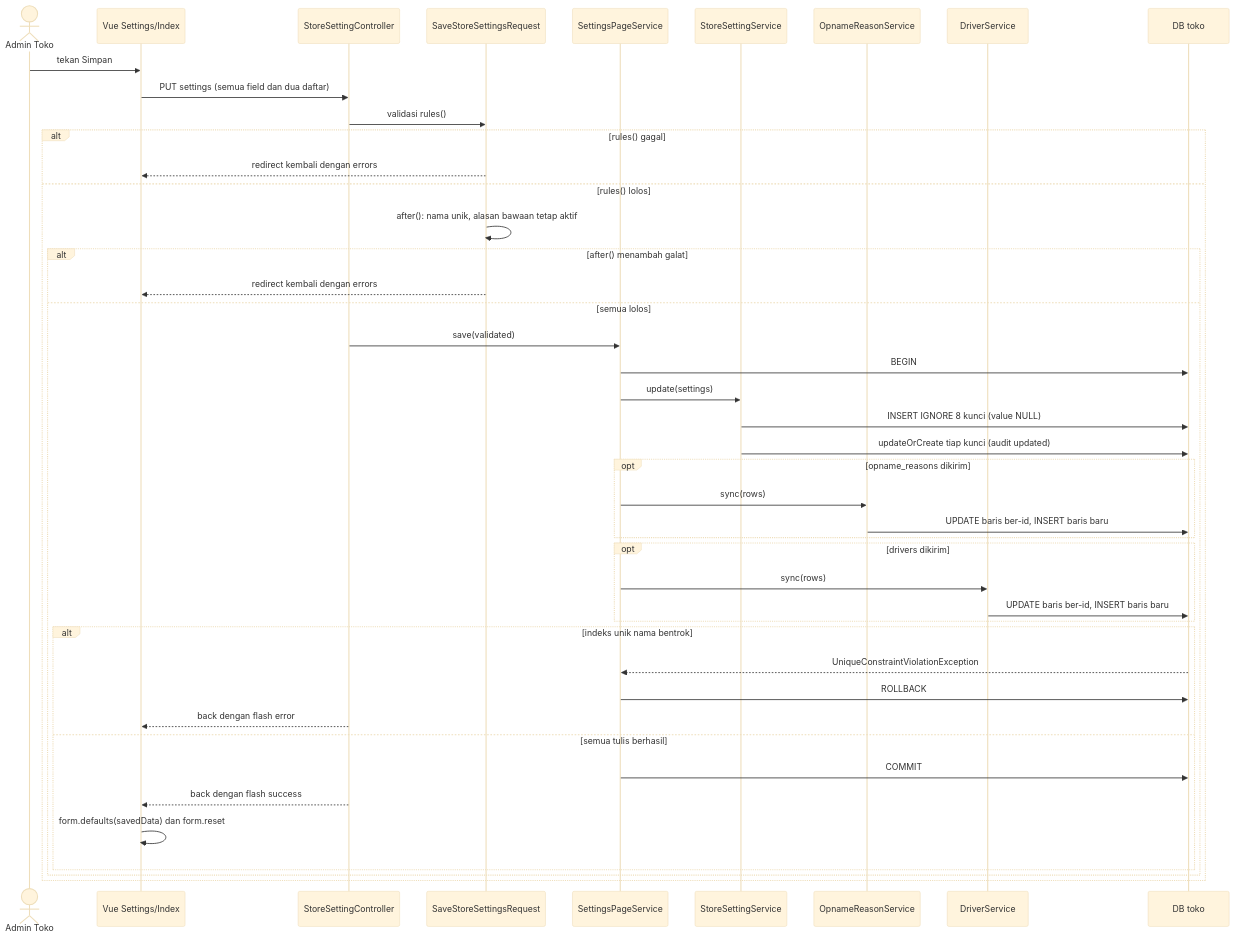
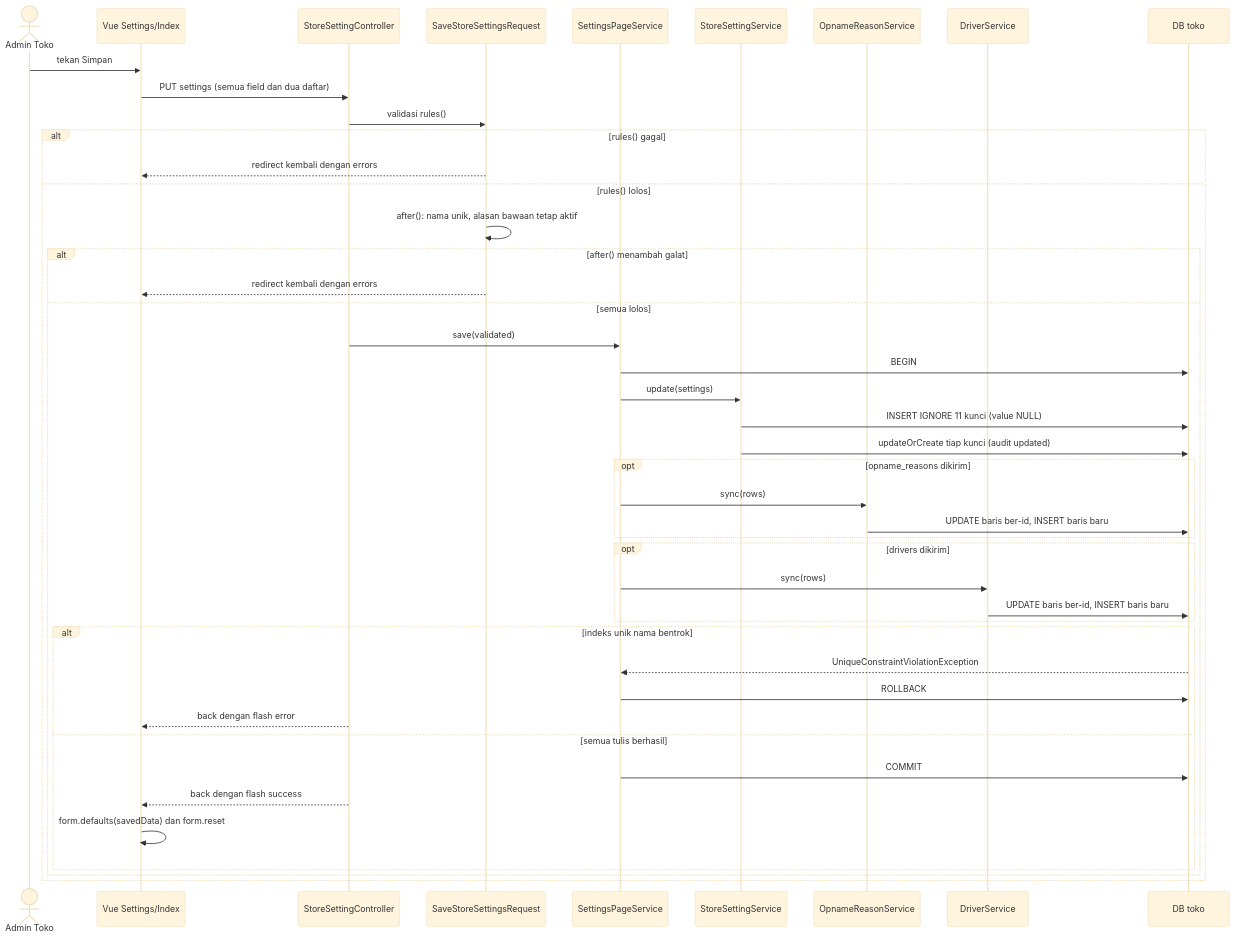
One commit to aliefpraditya/store-management changed the fourth of 4 diagrams in docs/pengaturan-toko-docs.md. Above: the diagram before and after it, drawn with Mermaid (base theme). The commit also changed other lines of this file and 28 other files, not shown here.

````diff
--- a/docs/pengaturan-toko-docs.md
+++ b/docs/pengaturan-toko-docs.md
@@ -301,47 +307,47 @@
 ```mermaid
 sequenceDiagram
     actor AT as Admin Toko
     participant V as Vue Settings/Index
     participant C as StoreSettingController
     participant R as SaveStoreSettingsRequest
     participant P as SettingsPageService
     participant S as StoreSettingService
     participant O as OpnameReasonService
     participant D as DriverService
     participant DB as DB toko
 
     AT->>V: tekan Simpan
     V->>C: PUT settings (semua field dan dua daftar)
     C->>R: validasi rules()
     alt rules() gagal
         R-->>V: redirect kembali dengan errors
     else rules() lolos
         R->>R: after(): nama unik, alasan bawaan tetap aktif
         alt after() menambah galat
             R-->>V: redirect kembali dengan errors
         else semua lolos
             C->>P: save(validated)
             P->>DB: BEGIN
             P->>S: update(settings)
-            S->>DB: INSERT IGNORE 8 kunci (value NULL)
+            S->>DB: INSERT IGNORE 11 kunci (value NULL)
             S->>DB: updateOrCreate tiap kunci (audit updated)
             opt opname_reasons dikirim
                 P->>O: sync(rows)
                 O->>DB: UPDATE baris ber-id, INSERT baris baru
             end
             opt drivers dikirim
                 P->>D: sync(rows)
                 D->>DB: UPDATE baris ber-id, INSERT baris baru
             end
             alt indeks unik nama bentrok
                 DB-->>P: UniqueConstraintViolationException
                 P->>DB: ROLLBACK
                 C-->>V: back dengan flash error
             else semua tulis berhasil
                 P->>DB: COMMIT
                 C-->>V: back dengan flash success
                 V->>V: form.defaults(savedData) dan form.reset
             end
         end
     end
 ```
````
